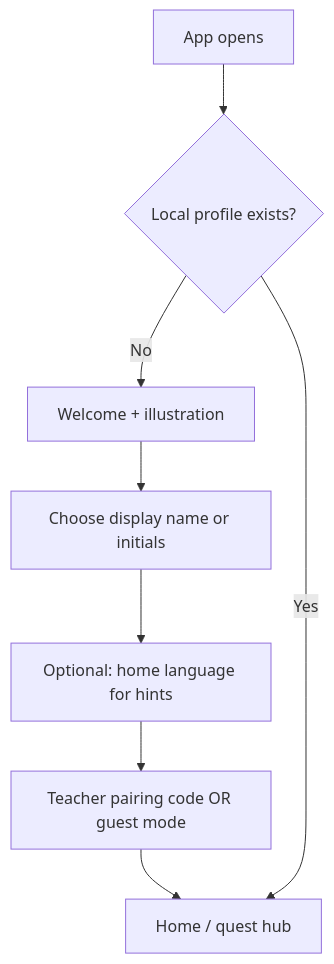
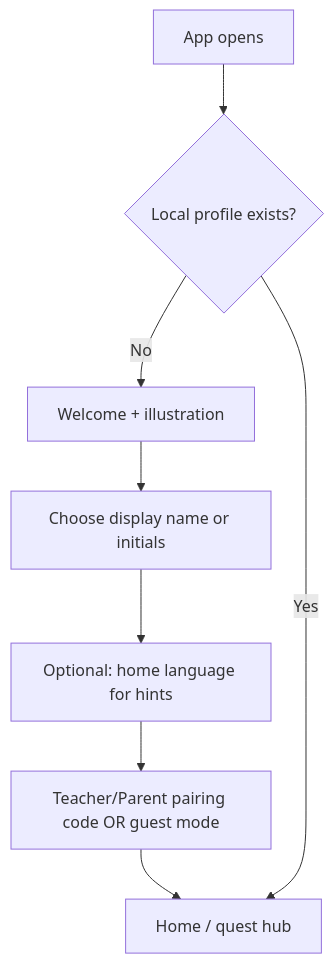
One commit to makhosi6/ikamva_lam changed the first of 8 diagrams in design.md. Above: the diagram before and after it, drawn with Mermaid. The commit also changed other lines of this file and 8 other files, not shown here.

Commit message:
refactor: update terminology to include Teacher/Parent

````diff
--- a/design.md
+++ b/design.md
@@ -27,10 +27,10 @@
 ```mermaid
 flowchart TD
   A[App opens] --> B{Local profile exists?}
   B -->|No| C[Welcome + illustration]
   C --> D[Choose display name or initials]
   D --> E[Optional: home language for hints]
-  E --> F[Teacher pairing code OR guest mode]
+  E --> F[Teacher/Parent pairing code OR guest mode]
   F --> G[Home / quest hub]
   B -->|Yes| G
 ```
````
